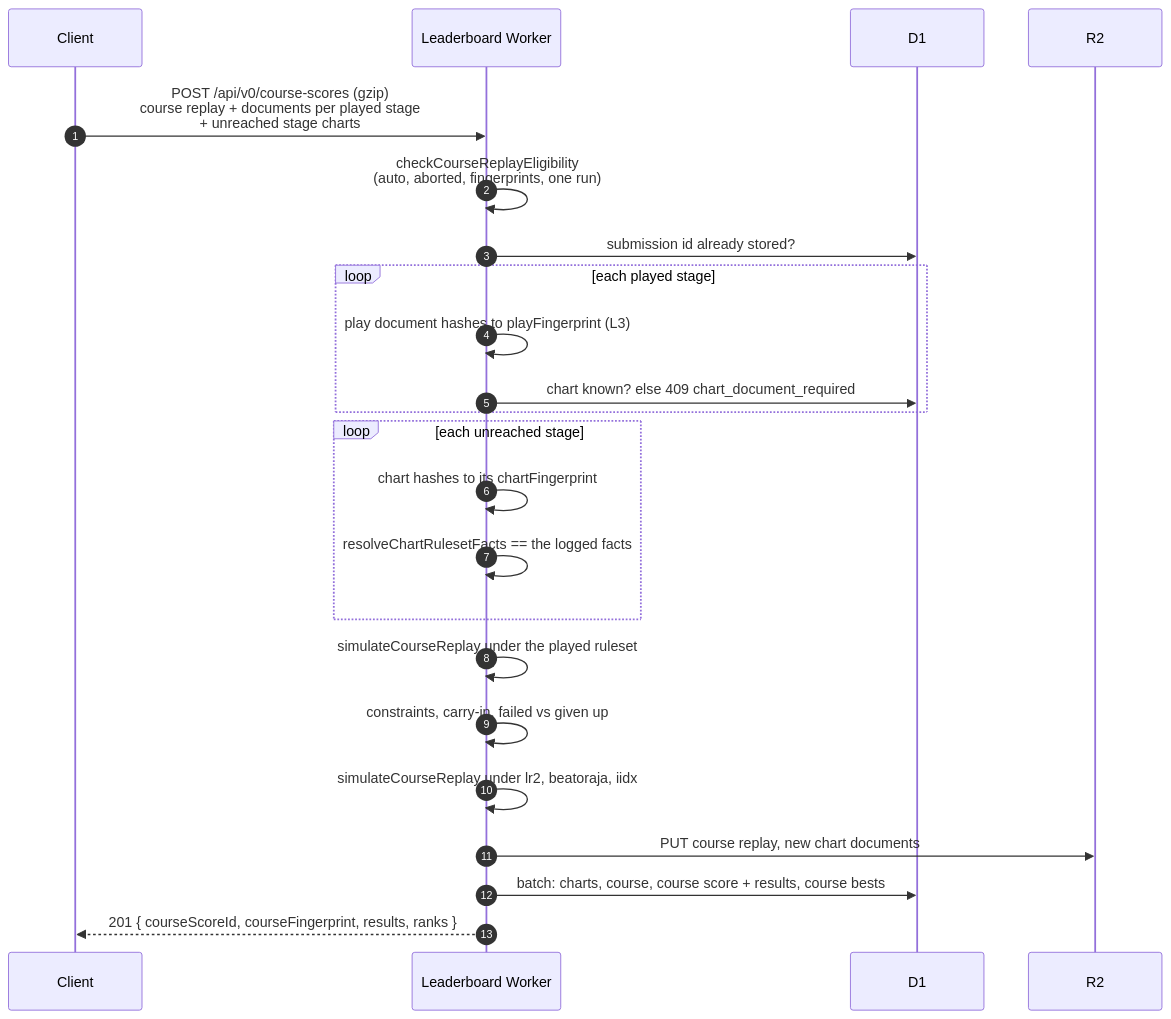
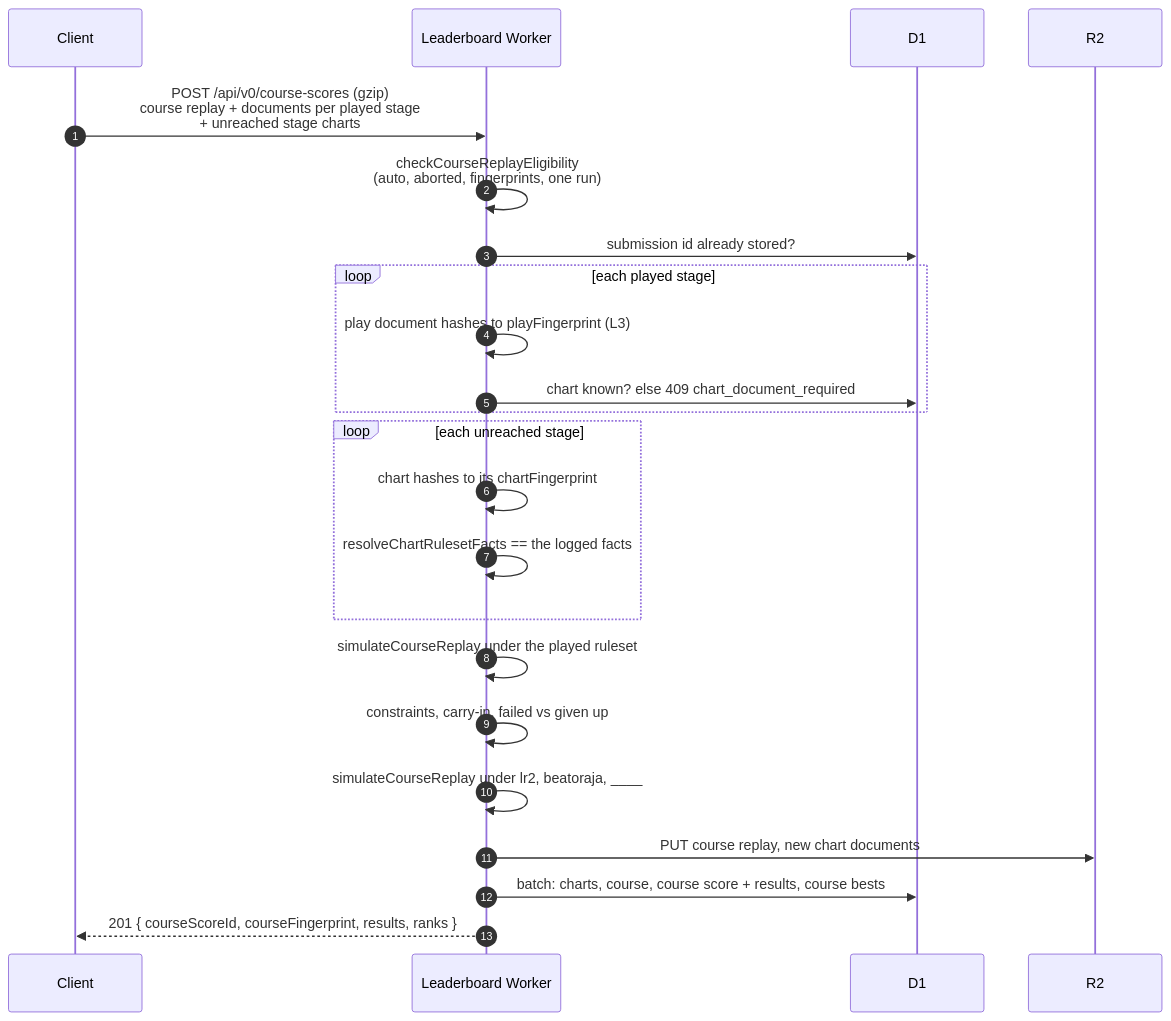
Before and after one commit to nulltask/be-music: the third of 4 diagrams in docs/leaderboard.md, drawn with Mermaid. The commit also changed other lines of this file and 45 other files, not shown here.

````diff
--- a/docs/leaderboard.md
+++ b/docs/leaderboard.md
@@ -315,26 +315,26 @@
 ```mermaid
 sequenceDiagram
     autonumber
     participant C as Client
     participant A as Leaderboard Worker
     participant D as D1
     participant R as R2
 
     C->>A: POST /api/v0/course-scores (gzip)<br/>course replay + documents per played stage<br/>+ unreached stage charts
     A->>A: checkCourseReplayEligibility<br/>(auto, aborted, fingerprints, one run)
     A->>D: submission id already stored?
     loop each played stage
         A->>A: play document hashes to playFingerprint (L3)
         A->>D: chart known? else 409 chart_document_required
     end
     loop each unreached stage
         A->>A: chart hashes to its chartFingerprint
         A->>A: resolveChartRulesetFacts == the logged facts
     end
     A->>A: simulateCourseReplay under the played ruleset
     A->>A: constraints, carry-in, failed vs given up
-    A->>A: simulateCourseReplay under lr2, beatoraja, iidx
+    A->>A: simulateCourseReplay under lr2, beatoraja, ____
     A->>R: PUT course replay, new chart documents
     A->>D: batch: charts, course, course score + results, course bests
     A-->>C: 201 { courseScoreId, courseFingerprint, results, ranks }
 ```
````
